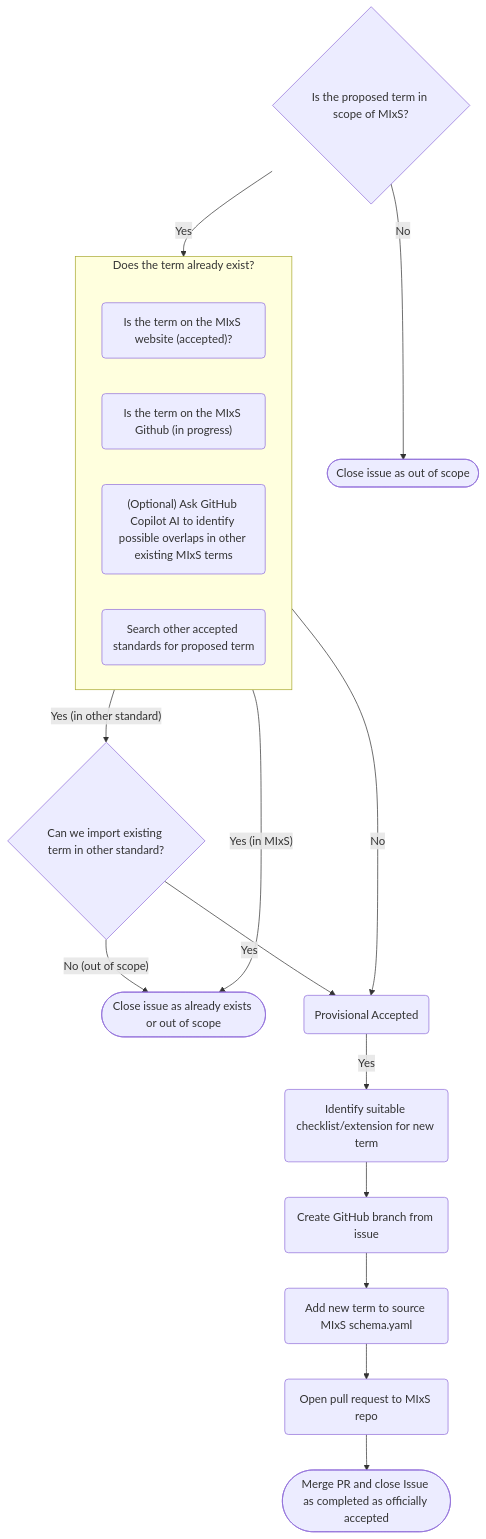
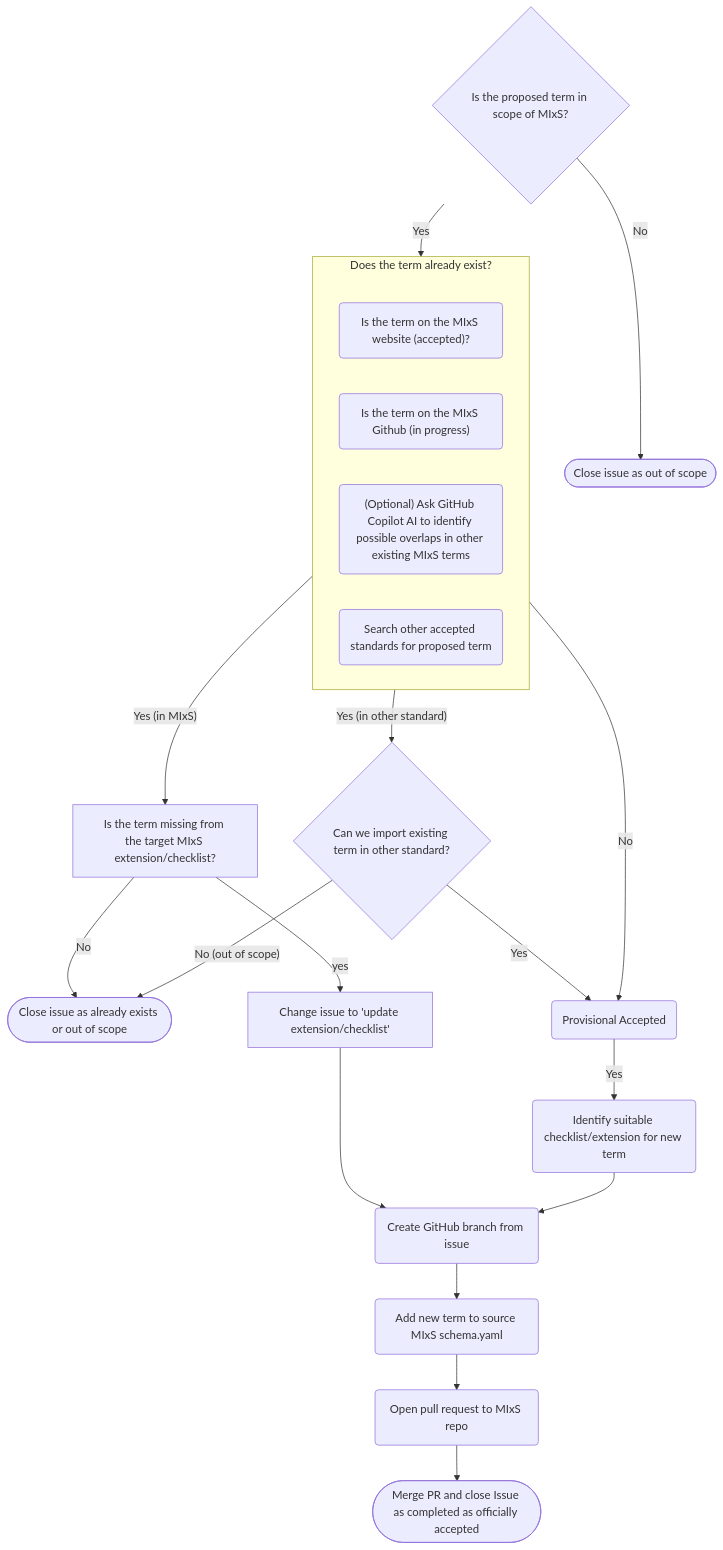
Before and after one commit to GenomicsStandardsConsortium/mixs: the diagram in contrib/docs/new_or_revisit_term_process.md, drawn with Mermaid. The commit also changed other lines of this file, not shown here.

````diff
--- a/contrib/docs/new_or_revisit_term_process.md
+++ b/contrib/docs/new_or_revisit_term_process.md
@@ -9,45 +9,49 @@
 ```mermaid
 ---
 config:
   flowchart:
     subGraphTitleMargin:
       bottom: 30
 ---
 graph TD;
 
     in_scope{Is the proposed term in scope of MIxS?} -- No --> close_issue_out_of_scope(["Close issue as out of scope"])
 
 
     in_scope -- Yes --> already_exists{Does the term already exist?}
 
-    already_exists -- "Yes (in MIxS)" --> close_issue_already_exists(["Close issue as already exists or out of scope"])
+    already_exists -- "Yes (in MIxS)" --> missing_from_extension["Is the term missing from the target MIxS extension/checklist?"] -- No --> close_issue_already_exists(["Close issue as already exists or out of scope"])
+
+      missing_from_extension -- yes --> change_issue_to_update_extension["Change issue to 'update extension/checklist'"]
+
+   change_issue_to_update_extension --> create_branch
 
     already_exists -- "Yes (in other standard)" --> reuse_existing
 
 
     already_exists -- No --> accepted
 
     subgraph already_exists[Does the term already exist?]
 
         search_gsc_website("Is the term on the MIxS website (accepted)?")
         search_github("Is the term on the MIxS Github (in progress)")
         ask_ai("(Optional) Ask GitHub Copilot AI to identify possible overlaps in other existing MIxS terms")
         check_other_standards("Search other accepted standards for proposed term")
     end
 
     reuse_existing{"Can we import existing term in other standard?"} -- Yes --> accepted
 
     reuse_existing -- "No (out of scope)" --> close_issue_already_exists
 
 
 
     accepted(Provisional Accepted) -- Yes --> identify_suitable_checklist_extension("Identify suitable checklist/extension for new term") --> create_branch("Create GitHub branch from issue")
 
     create_branch --> add_to_yaml("Add new term to source MIxS schema.yaml")
 
     add_to_yaml --> open_pull_request("Open pull request to MIxS repo")
 
     open_pull_request --> review("CIG and TWG Review")
 
     review([Merge PR and close Issue as completed as officially accepted])
 ```
````
